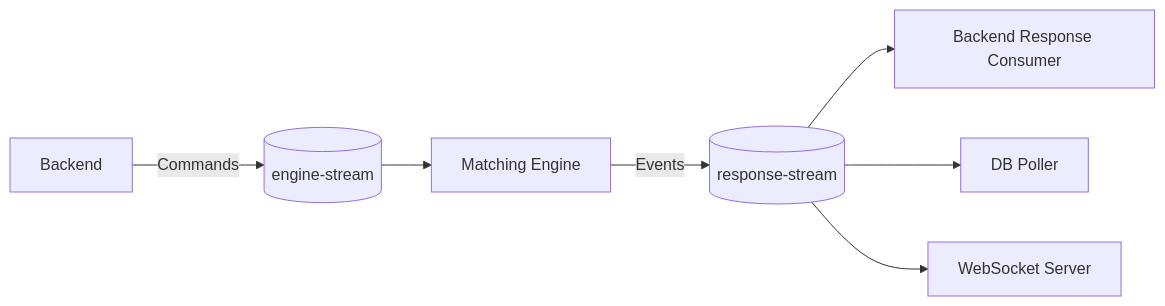
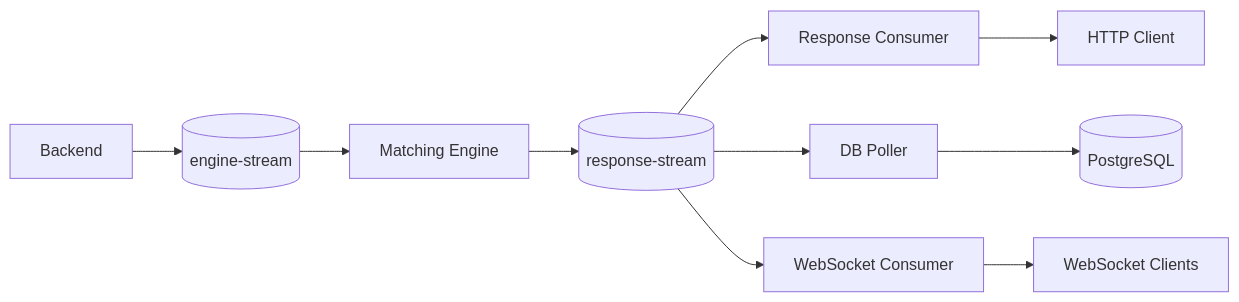
Before and after one commit to MANI-116/PERP: the sixth of 9 diagrams in README.md, drawn with Mermaid. The commit also changed other lines of this file, not shown here.

Commit message:
docs: redesign PerpX README as technical architecture showcase

````diff
--- a/README.md
+++ b/README.md
@@ -428,27 +252,12 @@
 ```mermaid
 flowchart LR
-
-    API["Backend"]
-
-    COMMANDS[("engine-stream")]
-
-    ENGINE["Matching Engine"]
-
-    EVENTS[("response-stream")]
-
-    RESPONSE["Backend Response Consumer"]
-
-    DBP["DB Poller"]
-
-    WSS["WebSocket Server"]
-
-    API -->|"Commands"| COMMANDS
-
-    COMMANDS --> ENGINE
-
-    ENGINE -->|"Events"| EVENTS
-
-    EVENTS --> RESPONSE
-    EVENTS --> DBP
-    EVENTS --> WSS
+    API["Backend"] --> C[("engine-stream")]
+    C --> E["Matching Engine"]
+    E --> R[("response-stream")]
+    R --> HTTP["Response Consumer"]
+    R --> DBP["DB Poller"]
+    R --> WSS["WebSocket Consumer"]
+    HTTP --> CLIENT["HTTP Client"]
+    DBP --> DB[("PostgreSQL")]
+    WSS --> WSCLIENT["WebSocket Clients"]
 ```
````
